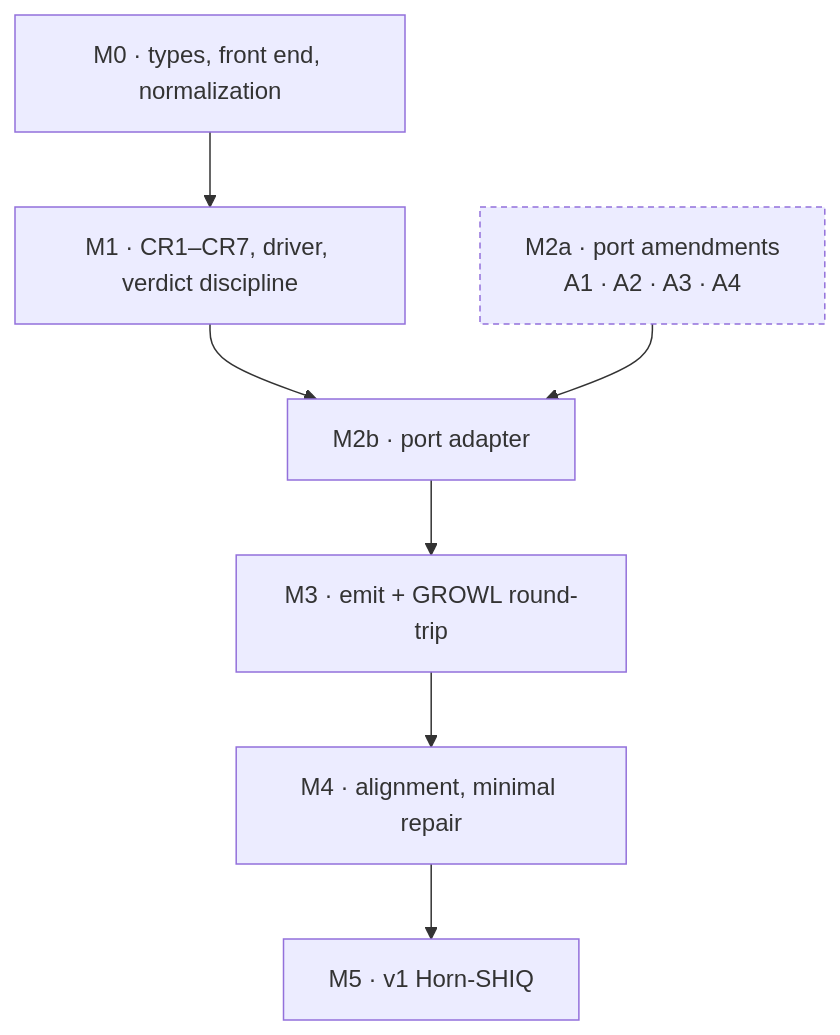
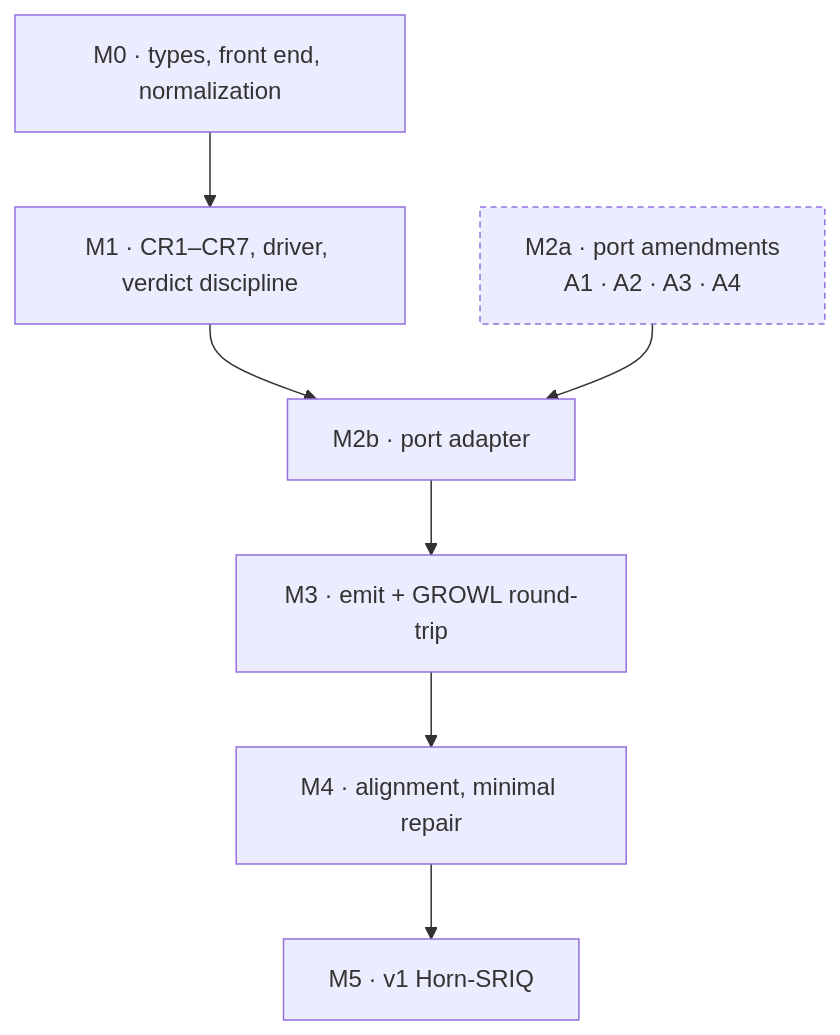
Before and after one commit to Trivyn/howl: the fifth of 5 diagrams in spec/human/HOWL-brief.md, drawn with Mermaid. The commit also changed other lines of this file and 132 other files, not shown here.

````diff
--- a/spec/human/HOWL-brief.md
+++ b/spec/human/HOWL-brief.md
@@ -257,10 +258,10 @@
 ```mermaid
 flowchart TB
   M0["M0 · types, front end, normalization"] --> M1["M1 · CR1–CR7, driver, verdict discipline"]
   M1 --> M2b["M2b · port adapter"]
   A["M2a · port amendments<br/>A1 · A2 · A3 · A4"] --> M2b
   M2b --> M3["M3 · emit + GROWL round-trip"]
   M3 --> M4["M4 · alignment, minimal repair"]
-  M4 --> M5["M5 · v1 Horn-SHIQ"]
+  M4 --> M5["M5 · v1 Horn-SRIQ"]
   style A stroke-dasharray: 4 3
 ```
````
